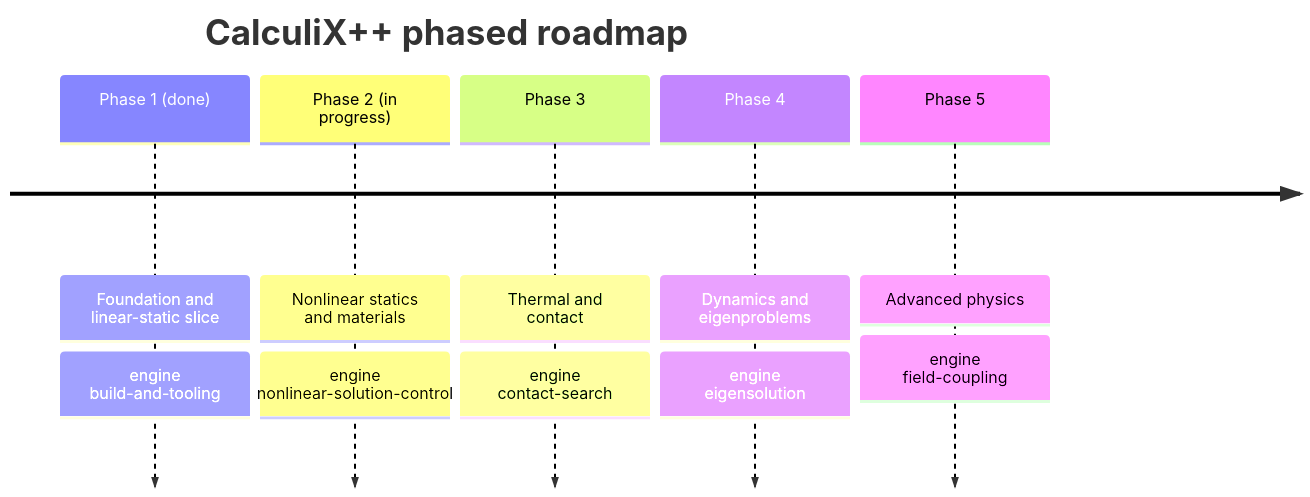
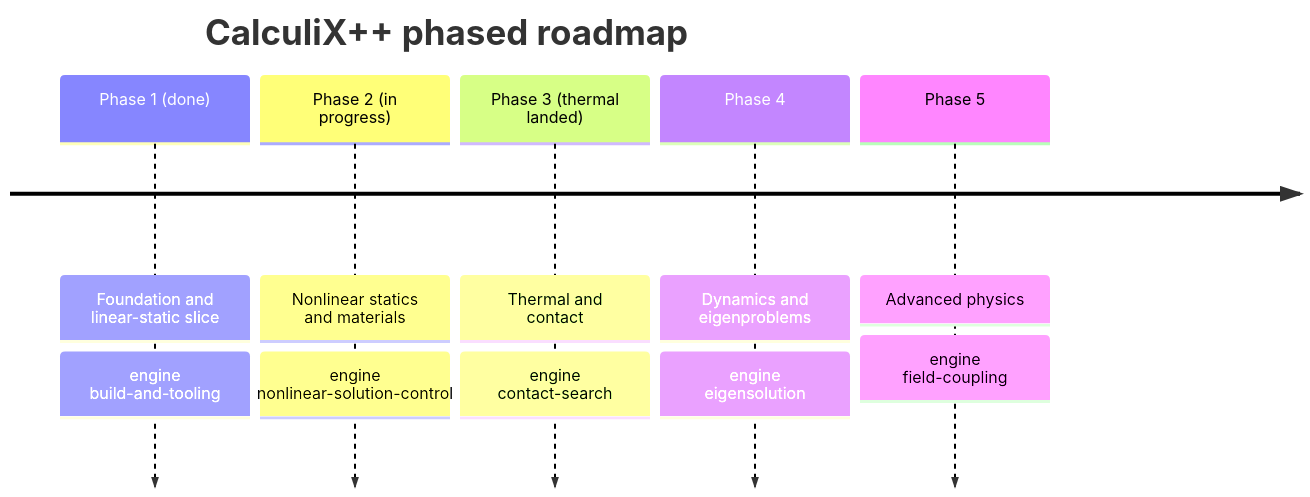
Before and after one commit to CyberdyneCorp/CalculixPP: the fourth of 4 diagrams in README.md, drawn with Mermaid. The commit also changed other lines of this file and 28 other files, not shown here.

First line of the commit message:
Phase 3 (thermal track): heat transfer, thermal-stress coupling, model change

````diff
--- a/README.md
+++ b/README.md
@@ -232,9 +284,9 @@
 ```mermaid
 timeline
   title CalculiX++ phased roadmap
   Phase 1 (done) : Foundation and linear-static slice : engine build-and-tooling
   Phase 2 (in progress) : Nonlinear statics and materials : engine nonlinear-solution-control
-  Phase 3 : Thermal and contact : engine contact-search
+  Phase 3 (thermal landed) : Thermal and contact : engine contact-search
   Phase 4 : Dynamics and eigenproblems : engine eigensolution
   Phase 5 : Advanced physics : engine field-coupling
 ```
````
